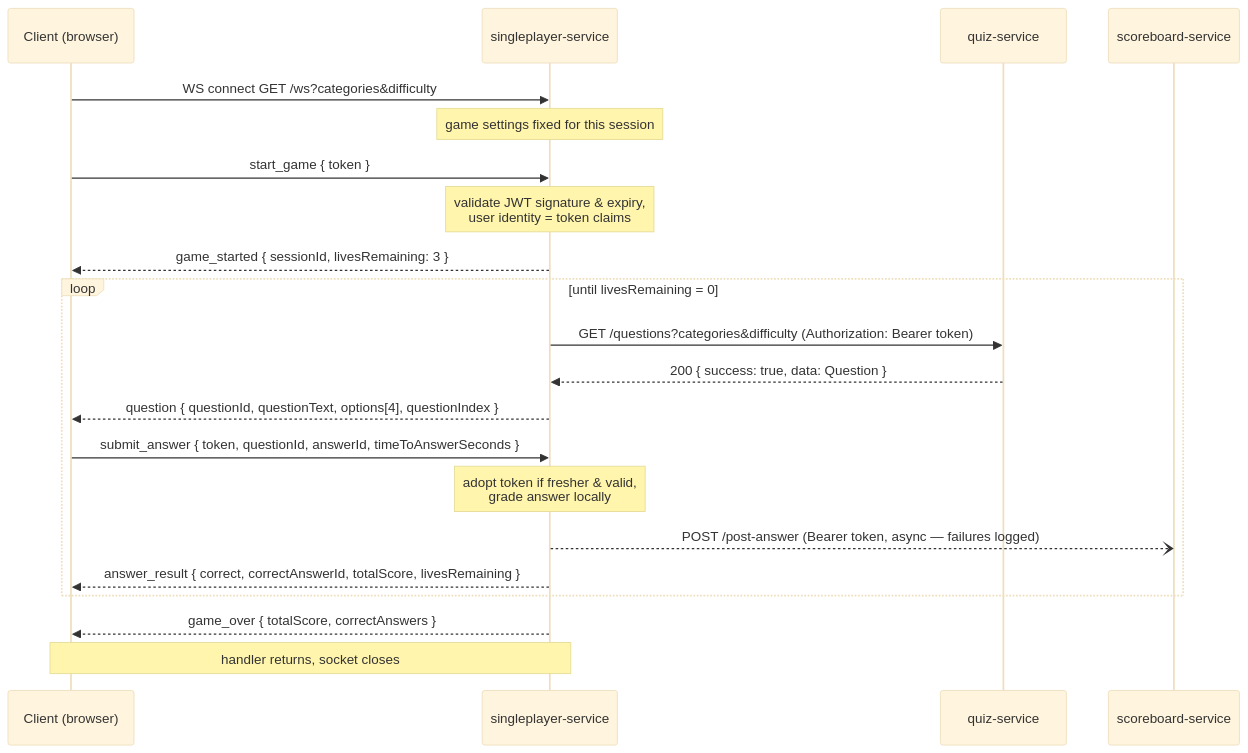
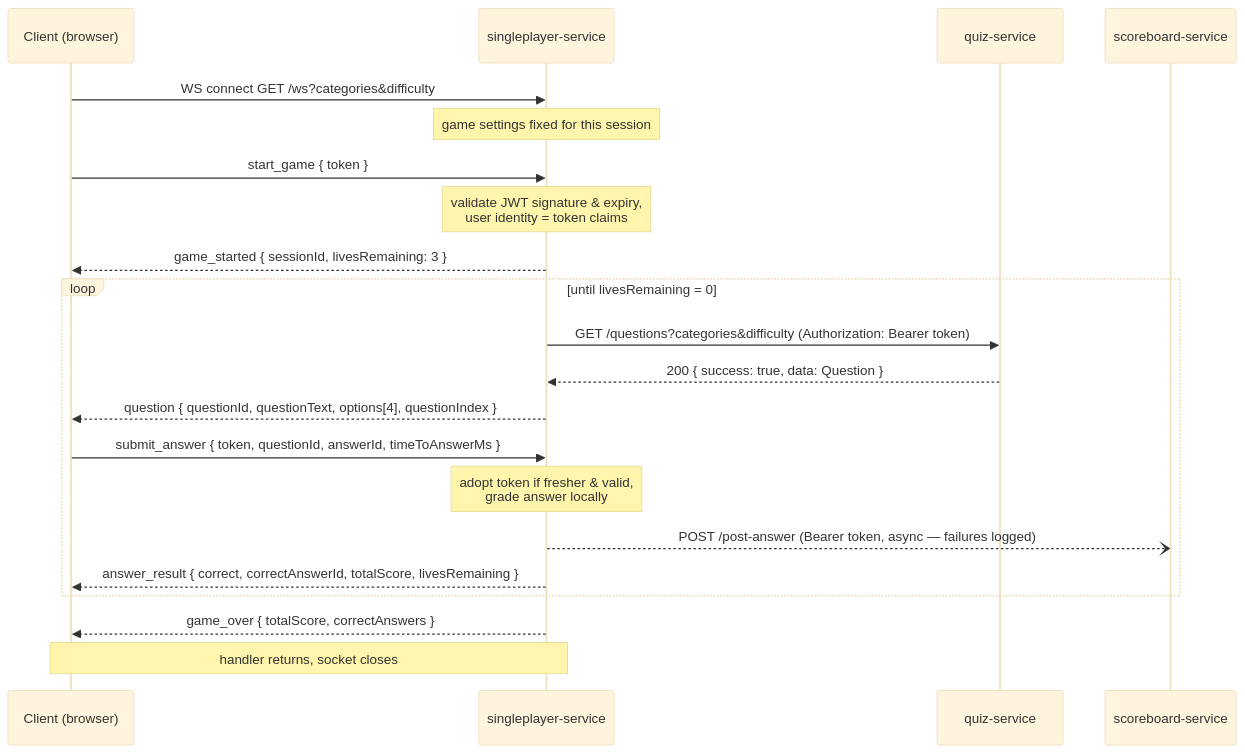
One commit to DENEDI22/team16-quiz-app changed the diagram in docs/api-contracts.md. Above: the diagram before and after it, drawn with Mermaid (base theme). The commit also changed other lines of this file and 35 other files, not shown here.

````diff
--- a/docs/api-contracts.md
+++ b/docs/api-contracts.md
@@ -398,26 +524,26 @@
 ```mermaid
 sequenceDiagram
     participant C as Client (browser)
     participant S as singleplayer-service
     participant Q as quiz-service
     participant B as scoreboard-service
 
     C->>S: WS connect GET /ws?categories&difficulty
     Note over S: game settings fixed for this session
     C->>S: start_game { token }
     Note over S: validate JWT signature & expiry,<br/>user identity = token claims
     S-->>C: game_started { sessionId, livesRemaining: 3 }
 
     loop until livesRemaining = 0
         S->>Q: GET /questions?categories&difficulty  (Authorization: Bearer token)
         Q-->>S: 200 { success: true, data: Question }
         S-->>C: question { questionId, questionText, options[4], questionIndex }
-        C->>S: submit_answer { token, questionId, answerId, timeToAnswerSeconds }
+        C->>S: submit_answer { token, questionId, answerId, timeToAnswerMs }
         Note over S: adopt token if fresher & valid,<br/>grade answer locally
         S--)B: POST /post-answer  (Bearer token, async — failures logged)
         S-->>C: answer_result { correct, correctAnswerId, totalScore, livesRemaining }
     end
 
     S-->>C: game_over { totalScore, correctAnswers }
     Note over C,S: handler returns, socket closes
 ```
````
